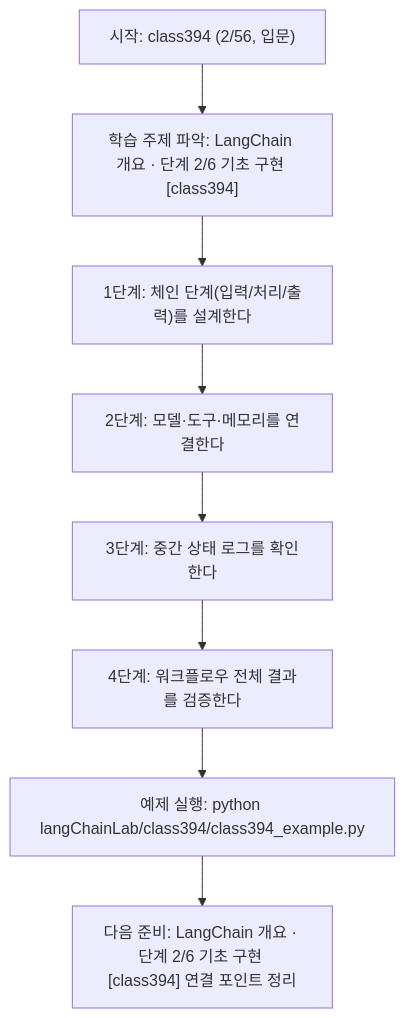
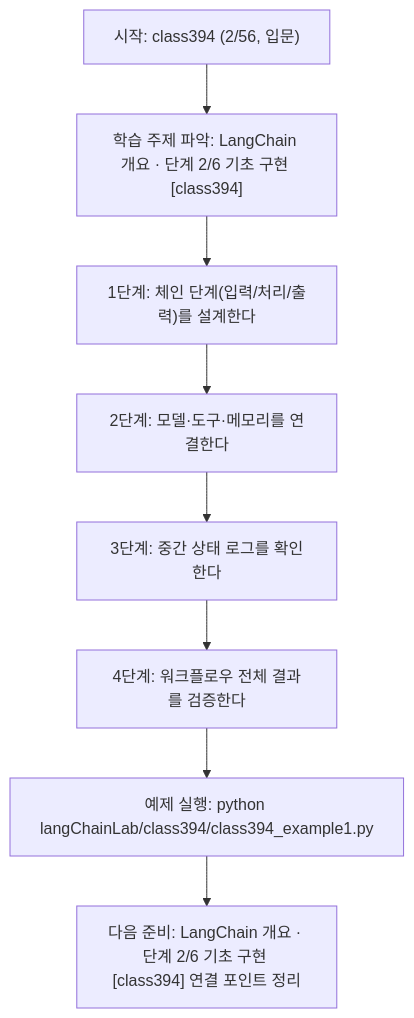
Before and after one commit to edumgt/Python-AI_Agent-Class: the diagram in langChainLab/class394/class394.md, drawn with Mermaid. The commit also changed other lines of this file and 2959 other files, not shown here.

````diff
--- a/langChainLab/class394/class394.md
+++ b/langChainLab/class394/class394.md
@@ -109,18 +109,18 @@
 ```mermaid
 flowchart TD
 N1["시작: class394 (2/56, 입문)"]
 N2["학습 주제 파악: LangChain 개요 · 단계 2/6 기초 구현 [class394]"]
 N3["1단계: 체인 단계(입력/처리/출력)를 설계한다"]
 N4["2단계: 모델·도구·메모리를 연결한다"]
 N5["3단계: 중간 상태 로그를 확인한다"]
 N6["4단계: 워크플로우 전체 결과를 검증한다"]
-N7["예제 실행: python langChainLab/class394/class394_example.py"]
+N7["예제 실행: python langChainLab/class394/class394_example1.py"]
 N8["다음 준비: LangChain 개요 · 단계 2/6 기초 구현 [class394] 연결 포인트 정리"]
 N1 --> N2
 N2 --> N3
 N3 --> N4
 N4 --> N5
 N5 --> N6
 N6 --> N7
 N7 --> N8
 ```
````
